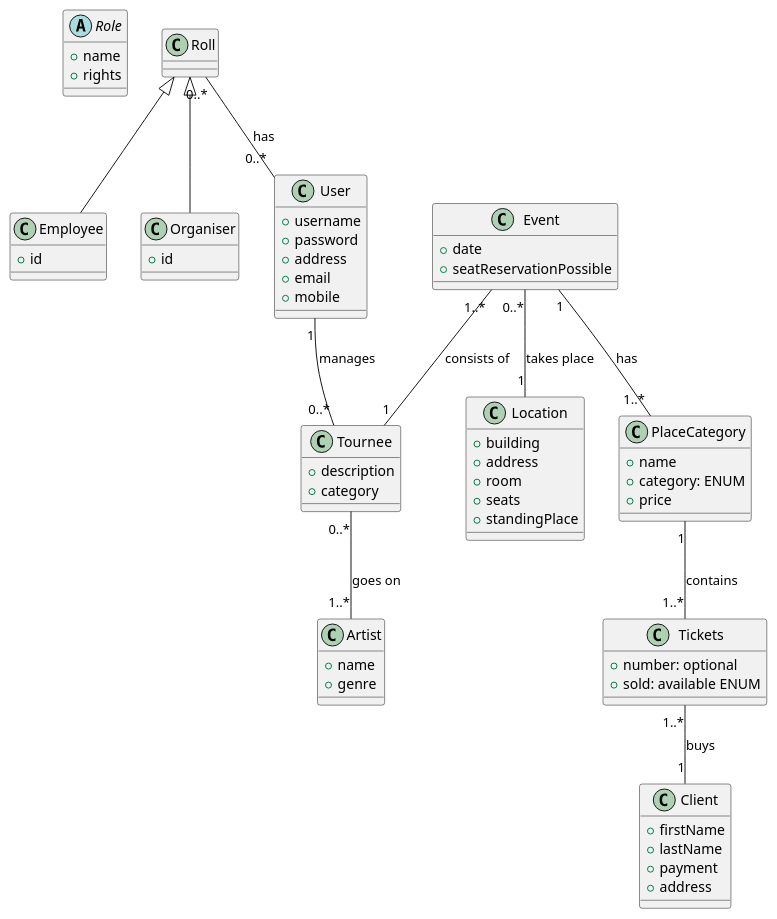
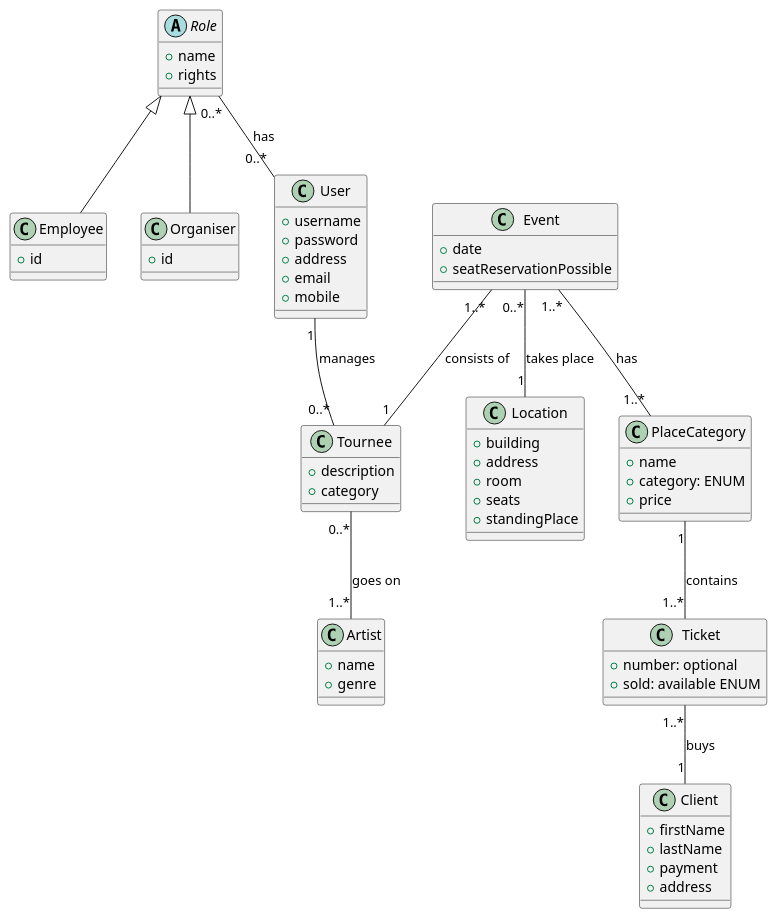
Before and after one commit to lukasbals/itb5-culture-tickets: the diagram in DomainModel.puml, drawn with PlantUML. The commit also changed 1 other file, not shown here.

```diff
--- a/DomainModel.puml
+++ b/DomainModel.puml
@@ -1,84 +1,84 @@
 @startuml
 
 abstract class Role{
 + name
 + rights
 }
 
 
 class Employee{
 + id
 }
 
 class Organiser{
 + id
 }
 
 
 class User{
 + username
 + password
 + address
 + email
 + mobile
 }
 
 
 class Event{
 + date
 + seatReservationPossible
 }
 
 
 class Location{
 + building
 + address
 + room
 + seats
 + standingPlace
 }
 
 
 class Tournee{
 + description
 + category
 }
 
 
 class PlaceCategory{
 + name
 + category: ENUM
 + price
 }
 
-class Tickets{
+class Ticket{
 + number: optional
 + sold: available ENUM
 }
 
 
 class Client{
 + firstName
 + lastName
 + payment
 + address
 }
 
 
 class Artist{
 + name
 + genre
 }
 
-Roll <|-- Employee
-Roll <|-- Organiser
-Roll "0..*" -- "0..*" User: has
+Role <|-- Employee
+Role <|-- Organiser
+Role "0..*" -- "0..*" User: has
 User "1" -- "0..*" Tournee: manages
 Event "1..*" -- "1" Tournee: consists of
 Event "0..*" -- "1"  Location: takes place
-Event "1" -- "1..*" PlaceCategory: has
+Event "1..*" -- "1..*" PlaceCategory: has
 Tournee "0..*" -- "1..*" Artist: goes on
-PlaceCategory "1" -- "1..*" Tickets: contains
-Tickets "1..*" -- "1" Client: buys
+PlaceCategory "1" -- "1..*" Ticket: contains
+Ticket "1..*" -- "1" Client: buys
 
 @enduml
```
